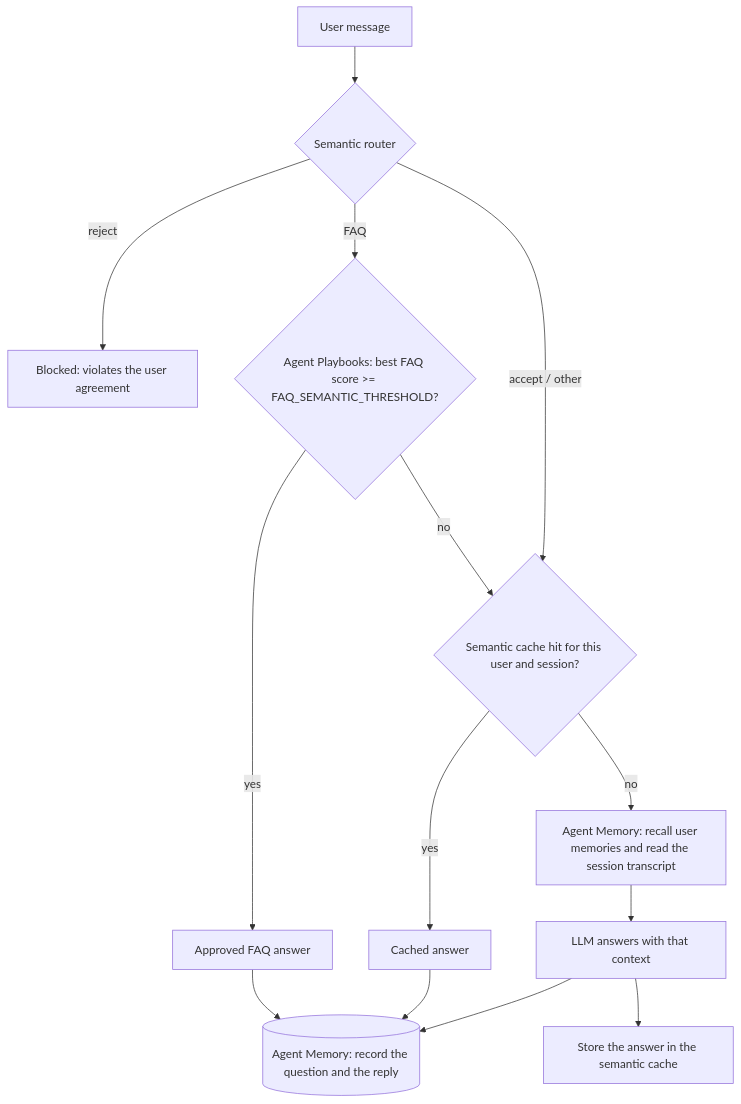
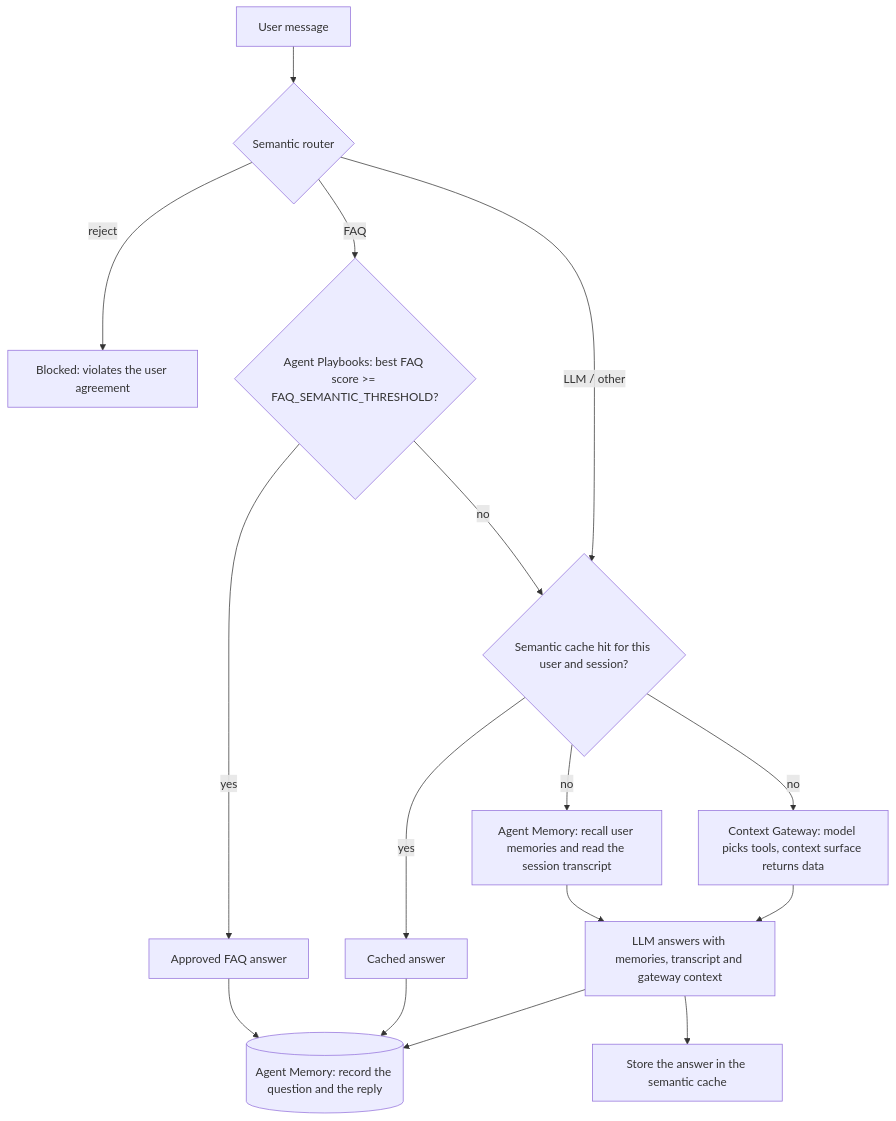
Before and after one commit to Redislabs-Solution-Architects/jsd-redis-iris: the diagram in README.md, drawn with Mermaid. The commit also changed other lines of this file and 28 other files, not shown here.

````diff
--- a/README.md
+++ b/README.md
@@ -16,16 +17,18 @@
 ```mermaid
 flowchart TD
     A[User message] --> B{Semantic router}
     B -- reject --> R[Blocked: violates the user agreement]
     B -- FAQ --> C{Agent Playbooks: best FAQ score >= FAQ_SEMANTIC_THRESHOLD?}
     C -- yes --> F[Approved FAQ answer]
     C -- no --> D
-    B -- accept / other --> D{Semantic cache hit for this user and session?}
+    B -- LLM / other --> D{Semantic cache hit for this user and session?}
     D -- yes --> H[Cached answer]
     D -- no --> E[Agent Memory: recall user memories and read the session transcript]
-    E --> G[LLM answers with that context]
+    D -- no --> X[Context Gateway: model picks tools, context surface returns data]
+    E --> G[LLM answers with memories, transcript and gateway context]
+    X --> G
     G --> J[Store the answer in the semantic cache]
     F --> M[(Agent Memory: record the question and the reply)]
     H --> M
     G --> M
 ```
````
